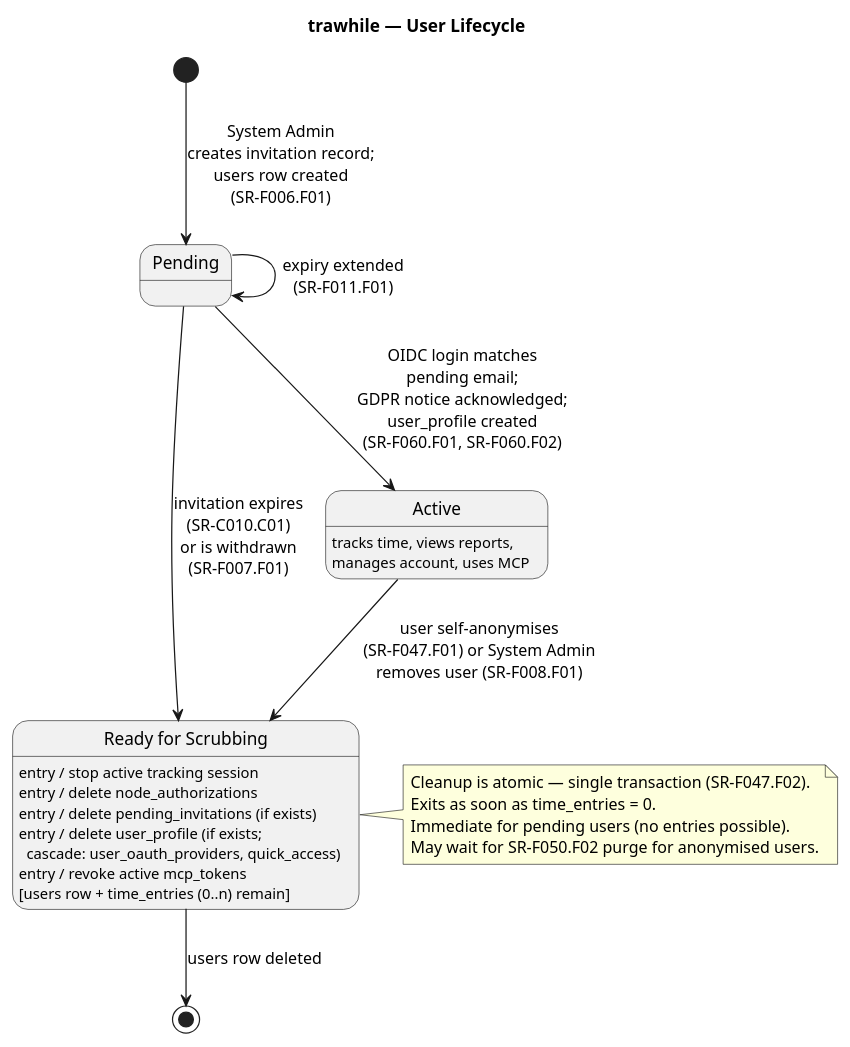
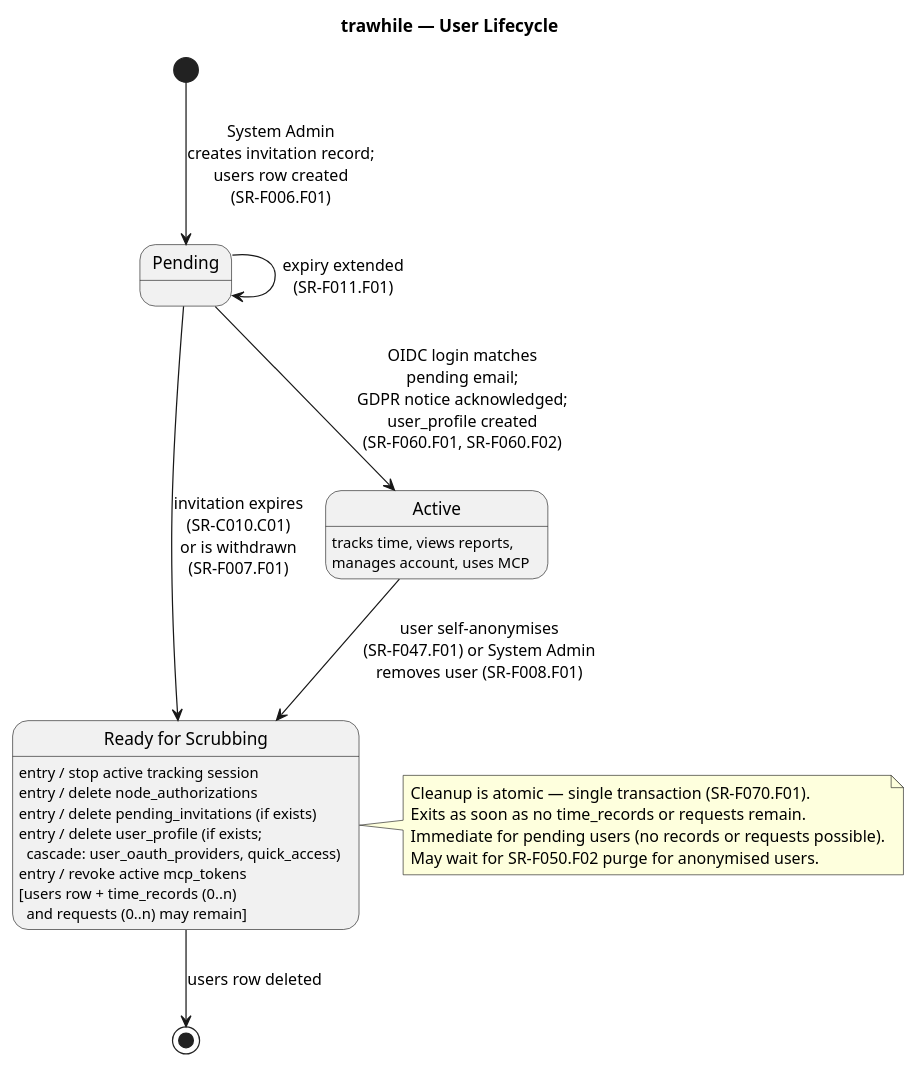
One commit to uCore7/trawhile changed the diagram in docs/uml/state-user-lifecycle.puml. Above: the diagram before and after it, drawn with PlantUML. The commit also changed 59 other files, not shown here.

```diff
--- a/docs/uml/state-user-lifecycle.puml
+++ b/docs/uml/state-user-lifecycle.puml
@@ -1,36 +1,36 @@
 @startuml state-user-lifecycle
 title trawhile — User Lifecycle
 
 [*] --> Pending : System Admin\ncreates invitation record;\nusers row created\n(SR-F006.F01)
 
 Pending --> Pending : expiry extended\n(SR-F011.F01)
 
 Pending --> Active : OIDC login matches\npending email;\nGDPR notice acknowledged;\nuser_profile created\n(SR-F060.F01, SR-F060.F02)
 
 state Active {
     Active : tracks time, views reports,\nmanages account, uses MCP
 }
 
 Pending --> ReadyForScrubbing : invitation expires\n(SR-C010.C01)\nor is withdrawn\n(SR-F007.F01)
 
 Active --> ReadyForScrubbing : user self-anonymises\n(SR-F047.F01) or System Admin\nremoves user (SR-F008.F01)
 
 state "Ready for Scrubbing" as ReadyForScrubbing {
     ReadyForScrubbing : entry / stop active tracking session
     ReadyForScrubbing : entry / delete node_authorizations
     ReadyForScrubbing : entry / delete pending_invitations (if exists)
     ReadyForScrubbing : entry / delete user_profile (if exists;\n  cascade: user_oauth_providers, quick_access)
     ReadyForScrubbing : entry / revoke active mcp_tokens
-    ReadyForScrubbing : [users row + time_entries (0..n) remain]
+    ReadyForScrubbing : [users row + time_records (0..n)\n  and requests (0..n) may remain]
 }
 
 note right of ReadyForScrubbing
-  Cleanup is atomic — single transaction (SR-F047.F02).
-  Exits as soon as time_entries = 0.
-  Immediate for pending users (no entries possible).
+  Cleanup is atomic — single transaction (SR-F070.F01).
+  Exits as soon as no time_records or requests remain.
+  Immediate for pending users (no records or requests possible).
   May wait for SR-F050.F02 purge for anonymised users.
 end note
 
 ReadyForScrubbing --> [*] : users row deleted
 
 @enduml
```
